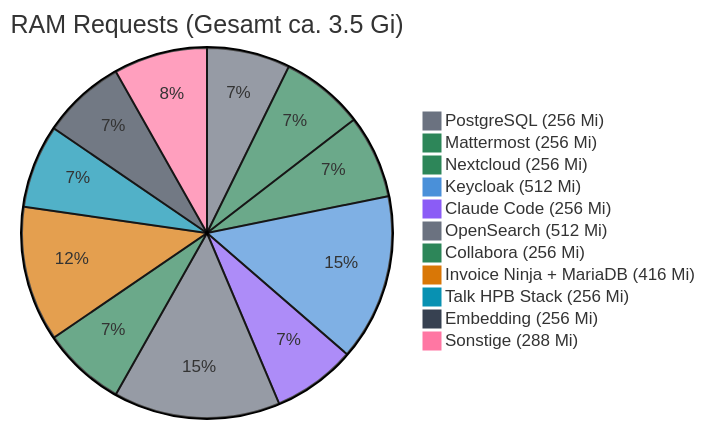
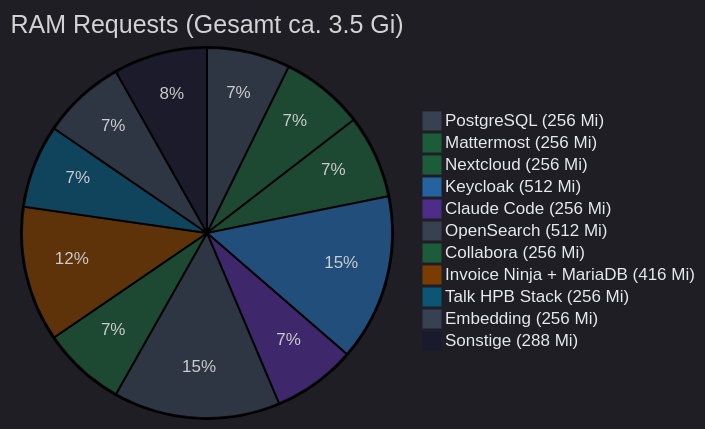
Before and after one commit to Paddione/Bachelorprojekt: the diagram in k3d/docs-content/services.md, drawn with Mermaid. The commit also changed 6 other files, not shown here.

First line of the commit message:
docs: retheme all Mermaid diagrams to mentolder dark+gold palette

````diff
--- a/k3d/docs-content/services.md
+++ b/k3d/docs-content/services.md
@@ -346,15 +346,15 @@
 ```mermaid
-%%{init: {'theme': 'base', 'themeVariables': {'pie1': '#6b7280', 'pie2': '#2d8659', 'pie3': '#2d8659', 'pie4': '#4a90d9', 'pie5': '#8b5cf6', 'pie6': '#6b7280', 'pie7': '#2d8659', 'pie8': '#d97706', 'pie9': '#0891b2', 'pie10': '#374151'}}}%%
+%%{init: {'theme': 'dark', 'themeVariables': {'background': '#1a2235', 'mainBkg': '#1a2235', 'pie1': '#374151', 'pie2': '#1d5c3a', 'pie3': '#1d5c3a', 'pie4': '#2563a0', 'pie5': '#4c2d8a', 'pie6': '#374151', 'pie7': '#1d5c3a', 'pie8': '#7a3c00', 'pie9': '#0b5575', 'pie10': '#374151', 'pie11': '#1a1a2e', 'pieTextColor': '#e8e8f0', 'pieLegendTextColor': '#e8e8f0', 'pieLabelTextColor': '#e8e8f0'}}}%%
 pie title RAM Requests (Gesamt ca. 3.5 Gi)
     "PostgreSQL (256 Mi)" : 256
     "Mattermost (256 Mi)" : 256
     "Nextcloud (256 Mi)" : 256
     "Keycloak (512 Mi)" : 512
     "Claude Code (256 Mi)" : 256
     "OpenSearch (512 Mi)" : 512
     "Collabora (256 Mi)" : 256
     "Invoice Ninja + MariaDB (416 Mi)" : 416
     "Talk HPB Stack (256 Mi)" : 256
     "Embedding (256 Mi)" : 256
     "Sonstige (288 Mi)" : 288
 ```
````
